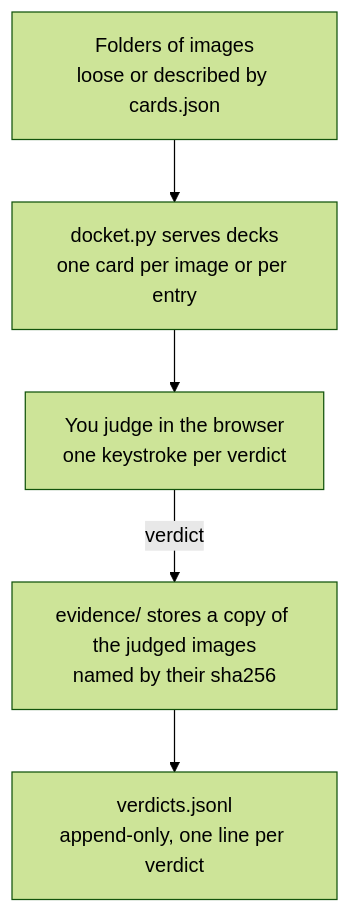
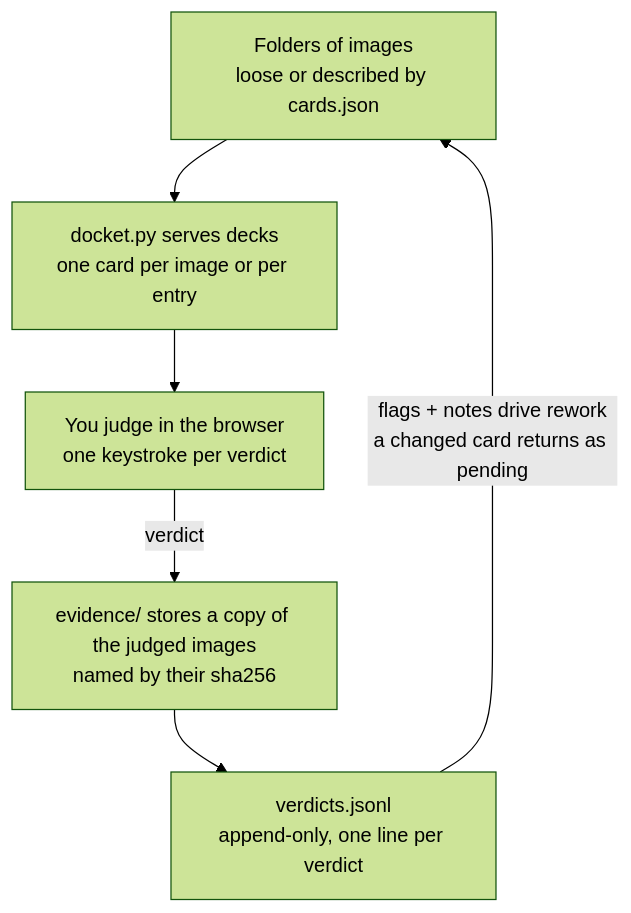
One commit to race-nevils/docket changed the diagram in README.md. Above: the diagram before and after it, drawn with Mermaid (forest theme).

Commit message:
docs: diagram shows the flag-and-rework loop

````diff
--- a/README.md
+++ b/README.md
@@ -28,7 +28,8 @@
 ```mermaid
 flowchart TD
     A[Folders of images<br/>loose or described by cards.json] --> B[docket.py serves decks<br/>one card per image or per entry]
     B --> C[You judge in the browser<br/>one keystroke per verdict]
     C -->|verdict| D[evidence/ stores a copy of the judged images<br/>named by their sha256]
     D --> E[verdicts.jsonl<br/>append-only, one line per verdict]
+    E -->|flags + notes drive rework<br/>a changed card returns as pending| A
 ```
````
